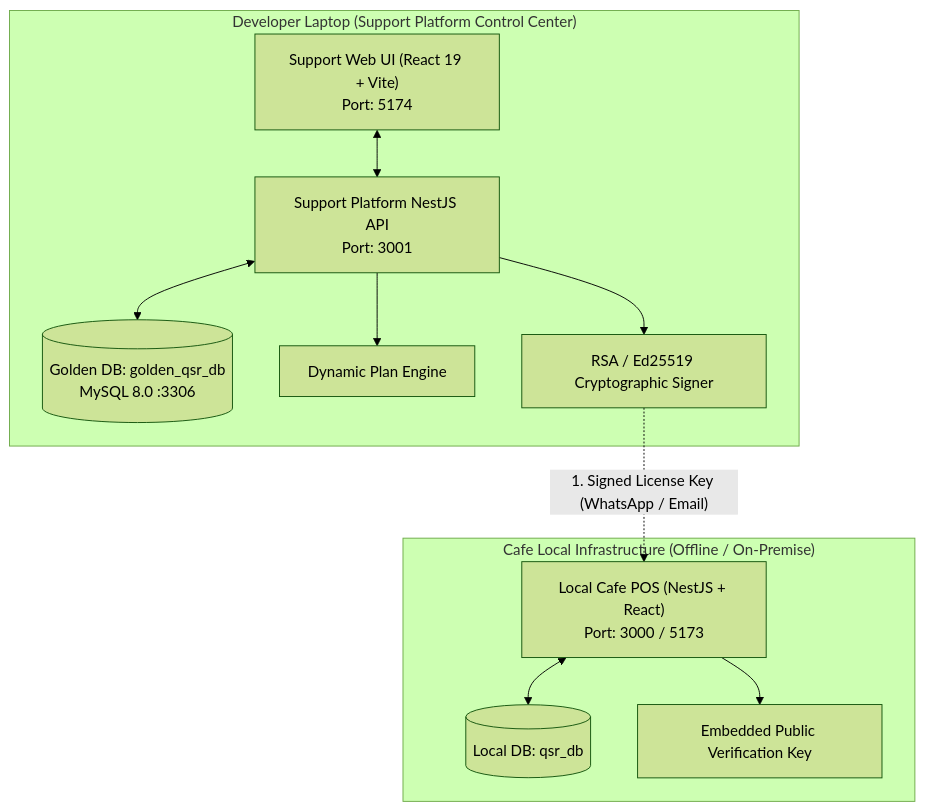
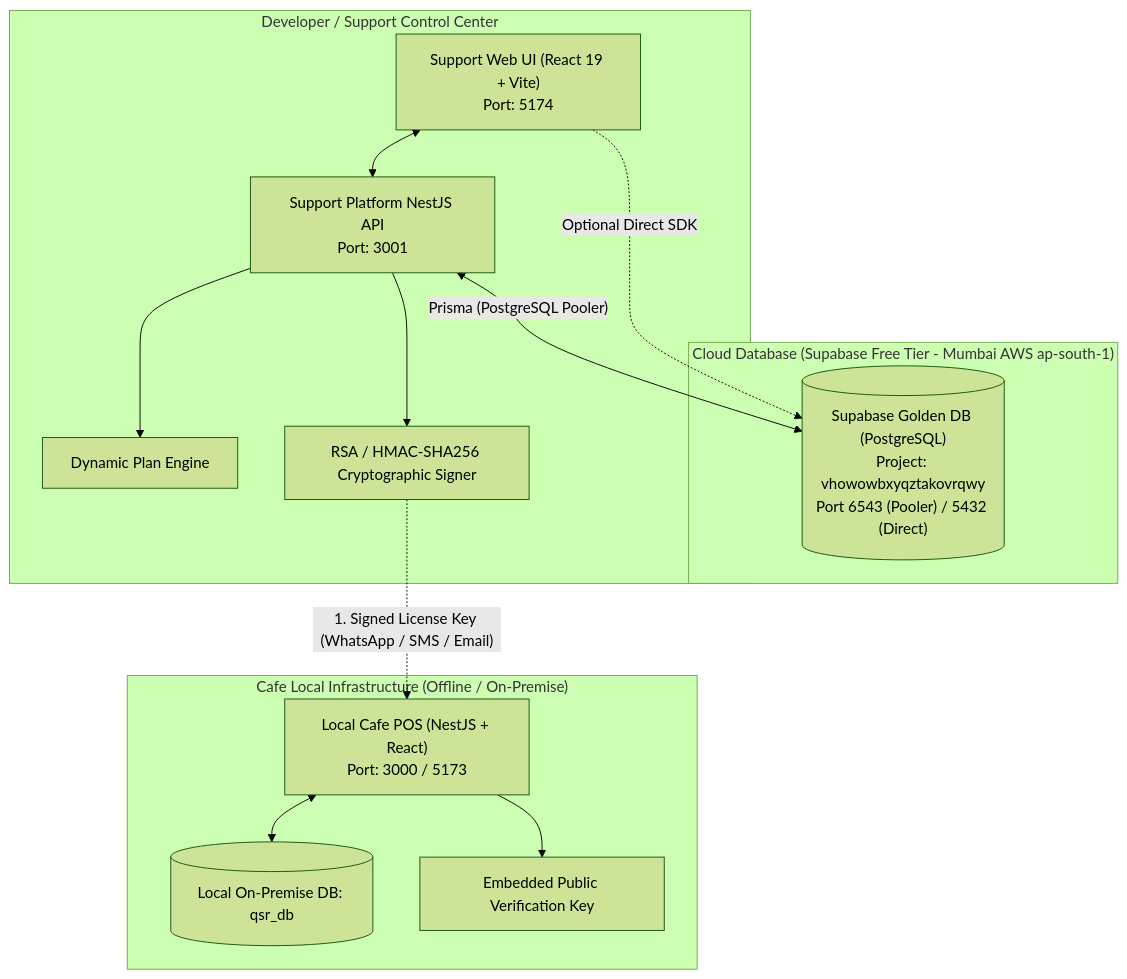
One commit to aycreationconnect-source/qsrsystem changed the first of 2 diagrams in docs/support-platform.md. Above: the diagram before and after it, drawn with Mermaid (forest theme). The commit also changed other lines of this file and 14 other files, not shown here.

First line of the commit message:
Migrate Support Platform to Supabase (Postgres)

````diff
--- a/docs/support-platform.md
+++ b/docs/support-platform.md
@@ -33,26 +55,30 @@
 ```mermaid
 graph TD
-    subgraph "Developer Laptop (Support Platform Control Center)"
+    subgraph "Cloud Database (Supabase Free Tier - Mumbai AWS ap-south-1)"
+        SupabaseCloud[("Supabase Golden DB (PostgreSQL)<br/>Project: vhowowbxyqztakovrqwy<br/>Port 6543 (Pooler) / 5432 (Direct)")]
+    end
+
+    subgraph "Developer / Support Control Center"
         SupportUI["Support Web UI (React 19 + Vite)<br/>Port: 5174"]
         SupportAPI["Support Platform NestJS API<br/>Port: 3001"]
-        GoldenDB[("Golden DB: golden_qsr_db<br/>MySQL 8.0 :3306")]
         PlanEngine["Dynamic Plan Engine"]
-        CryptoEngine["RSA / Ed25519 Cryptographic Signer"]
+        CryptoEngine["RSA / HMAC-SHA256 Cryptographic Signer"]
 
         SupportUI <--> SupportAPI
-        SupportAPI <--> GoldenDB
+        SupportAPI <-->|"Prisma (PostgreSQL Pooler)"| SupabaseCloud
+        SupportUI -.->|"Optional Direct SDK"| SupabaseCloud
         SupportAPI --> PlanEngine
         SupportAPI --> CryptoEngine
     end
 
     subgraph "Cafe Local Infrastructure (Offline / On-Premise)"
         CafePOS["Local Cafe POS (NestJS + React)<br/>Port: 3000 / 5173"]
-        CafeDB[("Local DB: qsr_db")]
+        CafeDB[("Local On-Premise DB: qsr_db")]
         EmbeddedPubKey["Embedded Public Verification Key"]
 
         CafePOS <--> CafeDB
         CafePOS --> EmbeddedPubKey
     end
 
-    CryptoEngine -.->|"1. Signed License Key (WhatsApp / Email)"| CafePOS
+    CryptoEngine -.->|"1. Signed License Key (WhatsApp / SMS / Email)"| CafePOS
 ```
````
